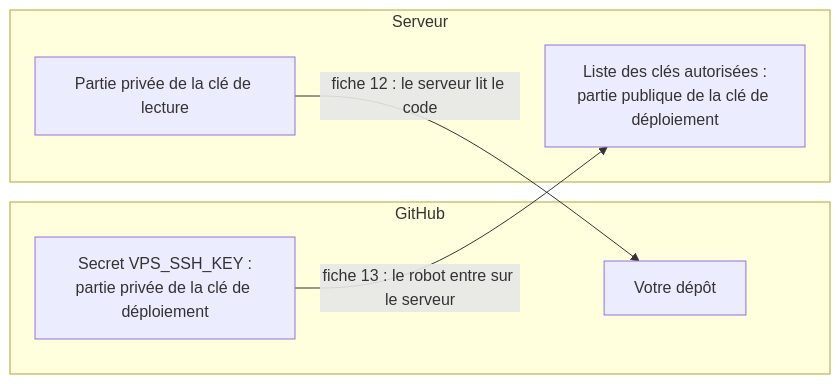
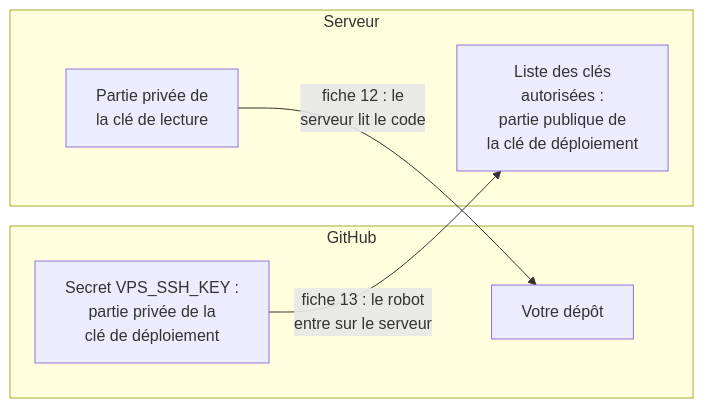
Diagram 38 of 42 in tuto-goodvibe-vibecoding.md (lecinquiemejour-code/goodvibe-tuto), drawn with Mermaid before and after one commit. The commit also changed other lines of this file and 1 other file, not shown here.

First line of the commit message:
fix(tuto, readme): lignes des boîtes redécoupées dans tous les diagrammes, pour ne plus être coupées sur GitHub

````diff
--- a/tuto-goodvibe-vibecoding.md
+++ b/tuto-goodvibe-vibecoding.md
@@ -1807,13 +1807,13 @@
 ```mermaid
 flowchart LR
     subgraph GitHub
         R["Votre dépôt"]
-        S["Secret VPS_SSH_KEY :<br/>partie privée de la clé de déploiement"]
+        S["Secret VPS_SSH_KEY :<br/>partie privée de la<br/>clé de déploiement"]
     end
     subgraph Serveur
-        A["Liste des clés autorisées :<br/>partie publique de la clé de déploiement"]
-        L["Partie privée de la clé de lecture"]
+        A["Liste des clés<br/>autorisées :<br/>partie publique de<br/>la clé de déploiement"]
+        L["Partie privée de<br/>la clé de lecture"]
     end
-    S -- "fiche 13 : le robot entre sur le serveur" --> A
-    L -- "fiche 12 : le serveur lit le code" --> R
+    S -- "fiche 13 : le robot<br/>entre sur le serveur" --> A
+    L -- "fiche 12 : le<br/>serveur lit le code" --> R
 ```
````
